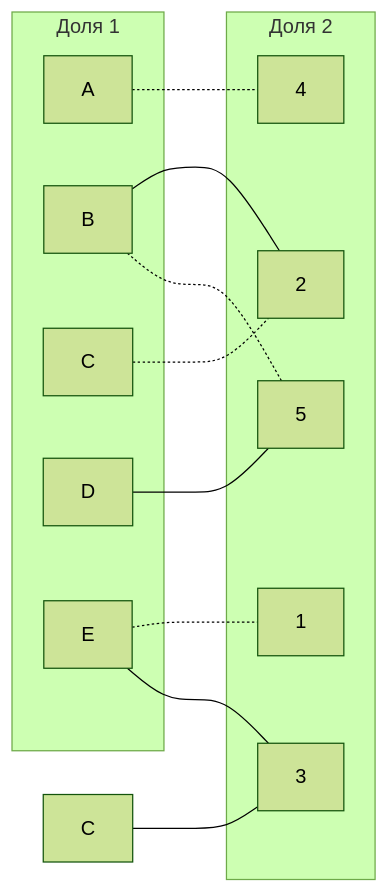
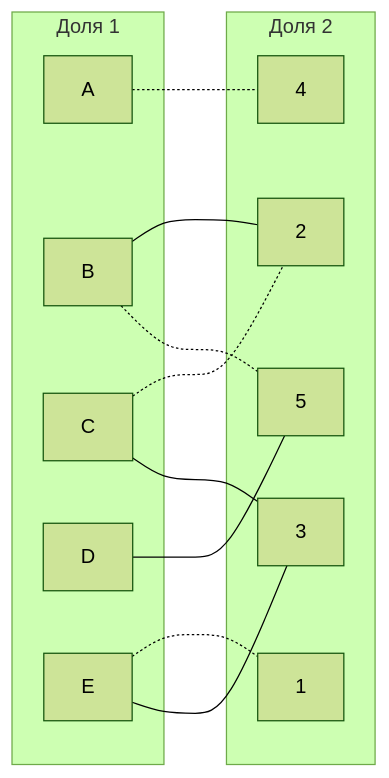
Before and after one commit to HSE-algo-23-owl/manual_tasks: the fifth of 8 diagrams in task_13/TwoPizza_task_13.md, drawn with Mermaid (forest theme). The commit also changed other lines of this file, not shown here.

````diff
--- a/task_13/TwoPizza_task_13.md
+++ b/task_13/TwoPizza_task_13.md
@@ -165,25 +165,25 @@
 ```mermaid
 graph LR
     subgraph "Доля 1"
         A[A]
         B[B]
         C[C]
         D[D]
         E[E]
     end
     subgraph "Доля 2"
         1[1]
         2[2]
         3[3]
         4[4]
         5[5]
     end
     A -.- 4
     B --- 2
     B -.- 5
     C -.- 2
-    С --- 3
+    C --- 3
     D --- 5
     E -.- 1
     E --- 3
 ```
````
